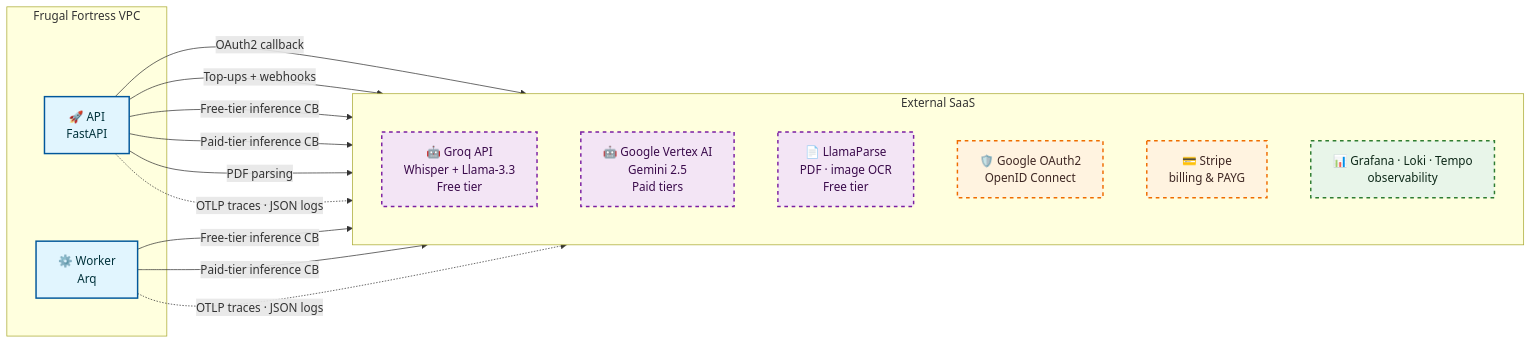
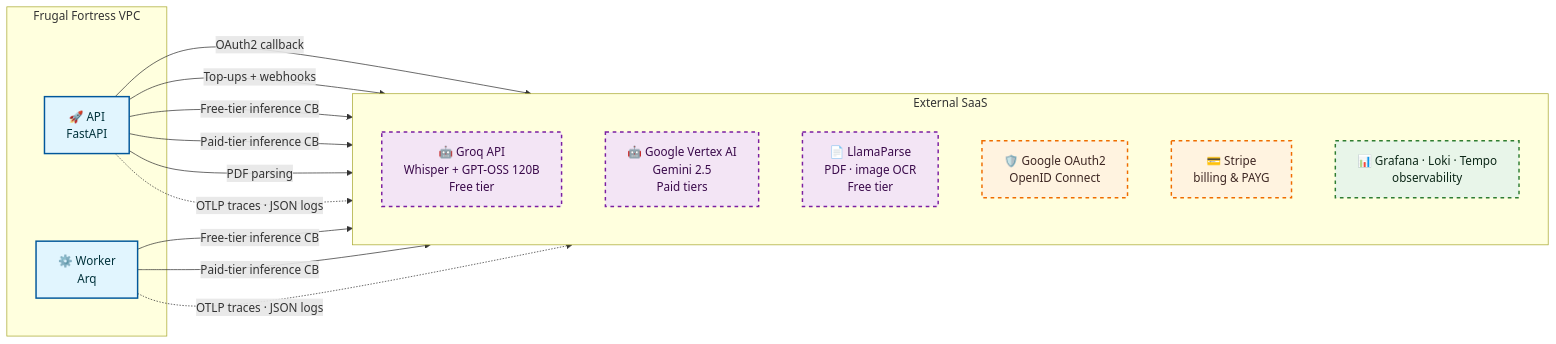
The second of 2 diagrams in docs/diagrams/core/c4_system_context.md (JMMAILabs/frugal-fortress-architecture), drawn with Mermaid before and after one commit. The commit also changed 23 other files, not shown here.

First line of the commit message:
docs: migrate free-tier references from llama-3.3 to openai/gpt-oss-120b

````diff
--- a/docs/diagrams/core/c4_system_context.md
+++ b/docs/diagrams/core/c4_system_context.md
@@ -60,40 +60,40 @@
 ```mermaid
 %%{init: {'theme':'default', 'flowchart':{'nodeSpacing':60, 'rankSpacing':80, 'curve':'basis'}}}%%
 flowchart LR
     subgraph VPC ["Frugal Fortress VPC"]
         API["🚀 API<br/>FastAPI"]
         Worker["⚙️ Worker<br/>Arq"]
     end
 
     subgraph SaaS ["External SaaS"]
         direction TB
-        Groq["🤖 Groq API<br/>Whisper + Llama-3.3<br/>Free tier"]
+        Groq["🤖 Groq API<br/>Whisper + GPT-OSS 120B<br/>Free tier"]
         Vertex["🤖 Google Vertex AI<br/>Gemini 2.5<br/>Paid tiers"]
         LlamaParse["📄 LlamaParse<br/>PDF · image OCR<br/>Free tier"]
         Google["🛡️ Google OAuth2<br/>OpenID Connect"]
         Stripe["💳 Stripe<br/>billing & PAYG"]
         Grafana["📊 Grafana · Loki · Tempo<br/>observability"]
     end
 
     API -->|OAuth2 callback| Google
     API -->|Top-ups + webhooks| Stripe
     API -->|Free-tier inference CB| Groq
     API -->|Paid-tier inference CB| Vertex
     API -->|PDF parsing| LlamaParse
 
     Worker -->|Free-tier inference CB| Groq
     Worker -->|Paid-tier inference CB| Vertex
 
     API -.->|OTLP traces · JSON logs| Grafana
     Worker -.->|OTLP traces · JSON logs| Grafana
 
     %% Styling
     classDef internal fill:#e1f5fe,stroke:#01579b,stroke-width:2px,color:#01323b
     classDef llm fill:#f3e5f5,stroke:#7b1fa2,stroke-width:2px,color:#3a0a4b,stroke-dasharray: 5 5
     classDef auth fill:#fff3e0,stroke:#ef6c00,stroke-width:2px,color:#3e2723,stroke-dasharray: 5 5
     classDef obs fill:#e8f5e9,stroke:#2e7d32,stroke-width:2px,color:#0d2818,stroke-dasharray: 5 5
     class API,Worker internal
     class Groq,Vertex,LlamaParse llm
     class Google,Stripe auth
     class Grafana obs
 ```
````
